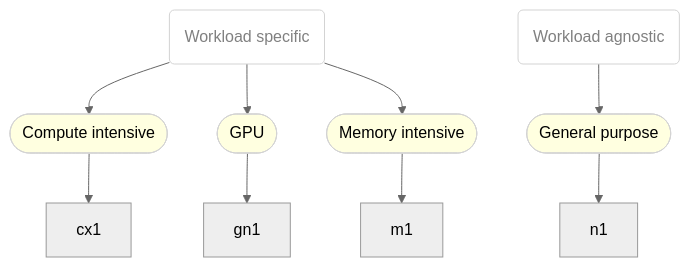
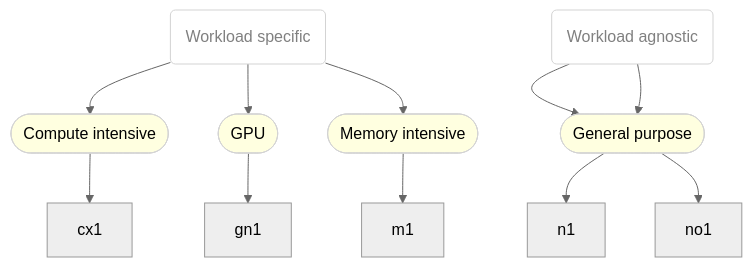
Before and after one commit to fabiand/instanceTypes: the diagram in README.md, drawn with Mermaid (neutral theme). The commit also changed other lines of this file and 8 other files, not shown here.

````diff
--- a/README.md
+++ b/README.md
@@ -30,25 +30,28 @@
 ```mermaid
 graph TD
 
 classDef grp fill:white,stroke:lightgray,color:gray
 classDef series fill:lightyellow,stroke:lightgray
 classDef instancetype fill:
 
 wrkld(Workload specific)
 nwrkld(Workload agnostic)
 class wrkld grp
 
 wrkld:::grp --> Computeintensive:::series
 Computeintensive([Compute intensive]):::series --> cx1:::instancetype
 
 wrkld:::grp --> GPU:::series
 GPU([GPU]):::series --> gn1:::instancetype
 
 wrkld:::grp --> Memoryintensive:::series
 Memoryintensive([Memory intensive]):::series --> m1:::instancetype
 
 nwrkld:::grp --> Generalpurpose:::series
 Generalpurpose([General purpose]):::series --> n1:::instancetype
 
+nwrkld:::grp --> Generalpurpose:::series
+Generalpurpose([General purpose]):::series --> no1:::instancetype
+
 
 ```
````
